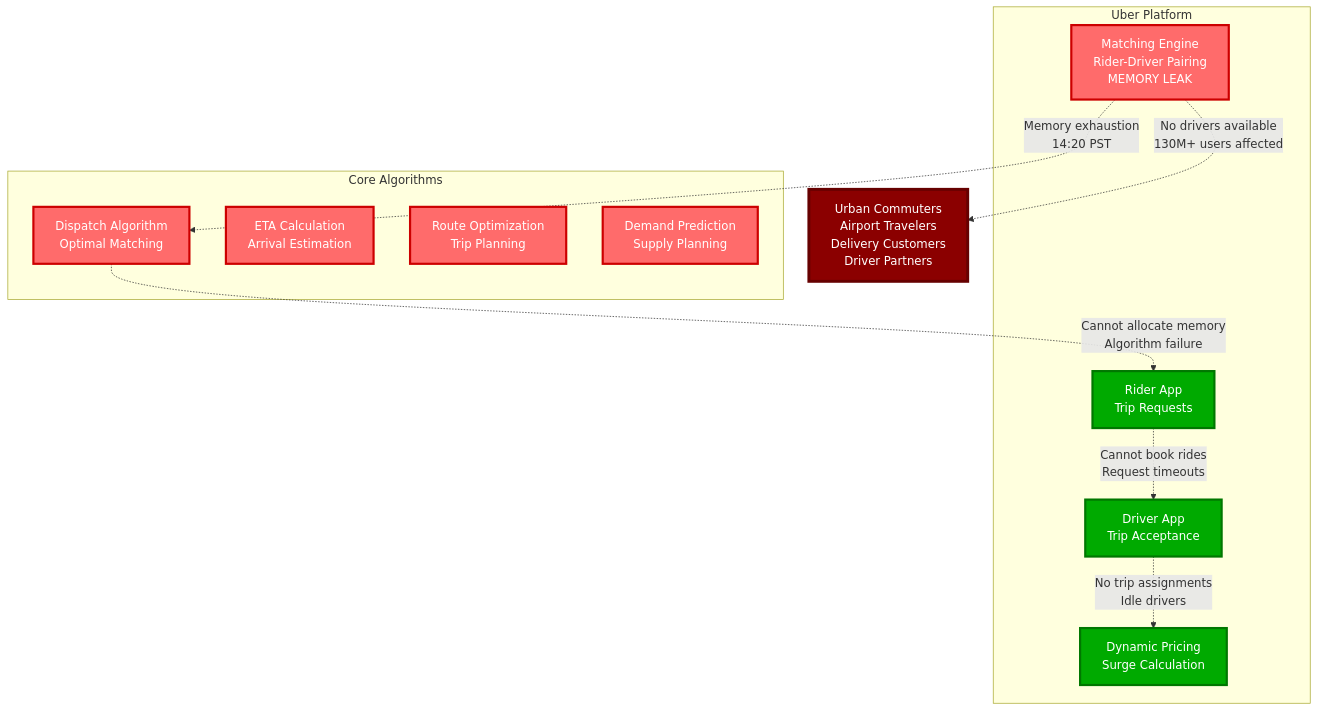
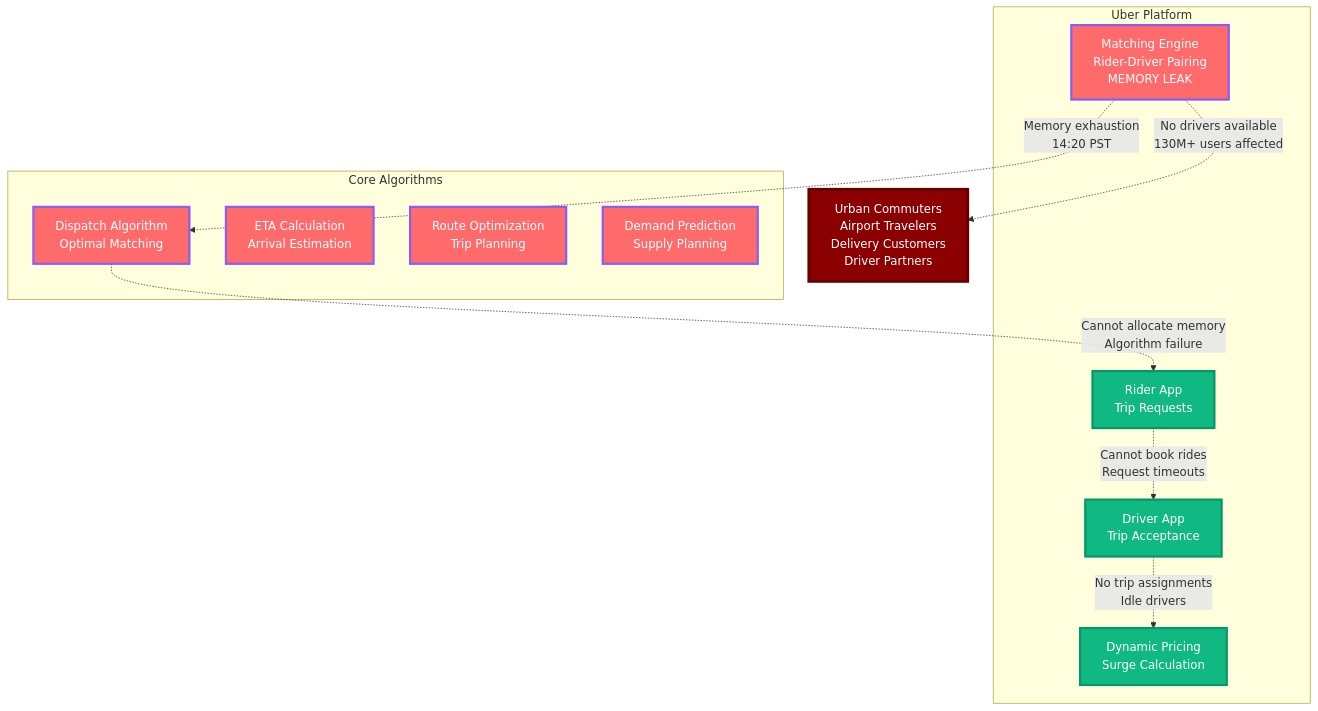
Before and after one commit to deepaucksharma/DS: the diagram in site/docs/incidents/uber-march-2023.md, drawn with Mermaid. The commit also changed 303 other files, not shown here.

````diff
--- a/site/docs/incidents/uber-march-2023.md
+++ b/site/docs/incidents/uber-march-2023.md
@@ -19,33 +19,33 @@
 ```mermaid
 graph TB
     subgraph "Uber Platform"
         RIDERS[Rider App<br/>Trip Requests]
         DRIVERS[Driver App<br/>Trip Acceptance]
         MATCHING[Matching Engine<br/>Rider-Driver Pairing<br/>MEMORY LEAK]
         PRICING[Dynamic Pricing<br/>Surge Calculation]
     end
 
     subgraph "Core Algorithms"
         DISPATCH[Dispatch Algorithm<br/>Optimal Matching]
         ETA[ETA Calculation<br/>Arrival Estimation]
         ROUTING[Route Optimization<br/>Trip Planning]
         DEMAND[Demand Prediction<br/>Supply Planning]
     end
 
     %% Memory leak cascade
     MATCHING -.->|Memory exhaustion<br/>14:20 PST| DISPATCH
     DISPATCH -.->|Cannot allocate memory<br/>Algorithm failure| RIDERS
     RIDERS -.->|Cannot book rides<br/>Request timeouts| DRIVERS
     DRIVERS -.->|No trip assignments<br/>Idle drivers| PRICING
 
     %% Customer impact
     MATCHING -.->|"No drivers available"<br/>130M+ users affected| CUSTOMERS[Urban Commuters<br/>Airport Travelers<br/>Delivery Customers<br/>Driver Partners]
 
-    classDef algorithmStyle fill:#FF6B6B,stroke:#CC0000,color:#fff,stroke-width:3px
-    classDef serviceStyle fill:#00AA00,stroke:#007700,color:#fff,stroke-width:3px
+    classDef algorithmStyle fill:#FF6B6B,stroke:#8B5CF6,color:#fff,stroke-width:3px
+    classDef serviceStyle fill:#10B981,stroke:#059669,color:#fff,stroke-width:3px
     classDef impactStyle fill:#8B0000,stroke:#660000,color:#fff,stroke-width:4px
 
     class MATCHING,DISPATCH,ETA,ROUTING,DEMAND algorithmStyle
     class RIDERS,DRIVERS,PRICING serviceStyle
     class CUSTOMERS impactStyle
 ```
````
